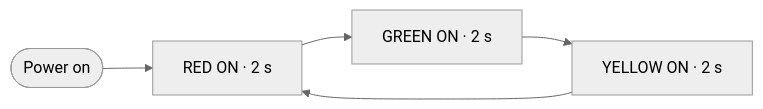
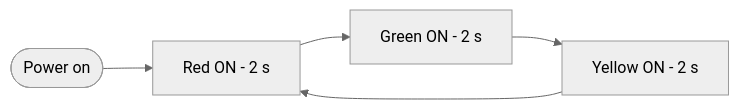
The diagram in README.md (munazza-hawaldar/Traffic-Light-Control-System), drawn with Mermaid (neutral theme) before and after one commit. The commit also changed other lines of this file and 2 other files, not shown here.

````diff
--- a/README.md
+++ b/README.md
@@ -47,7 +58,7 @@
 ```mermaid
 flowchart LR
-    A([Power on]) --> B[RED ON · 2 s]
-    B --> C[GREEN ON · 2 s]
-    C --> D[YELLOW ON · 2 s]
+    A([Power on]) --> B[Red ON - 2 s]
+    B --> C[Green ON - 2 s]
+    C --> D[Yellow ON - 2 s]
     D --> B
 ```
````
